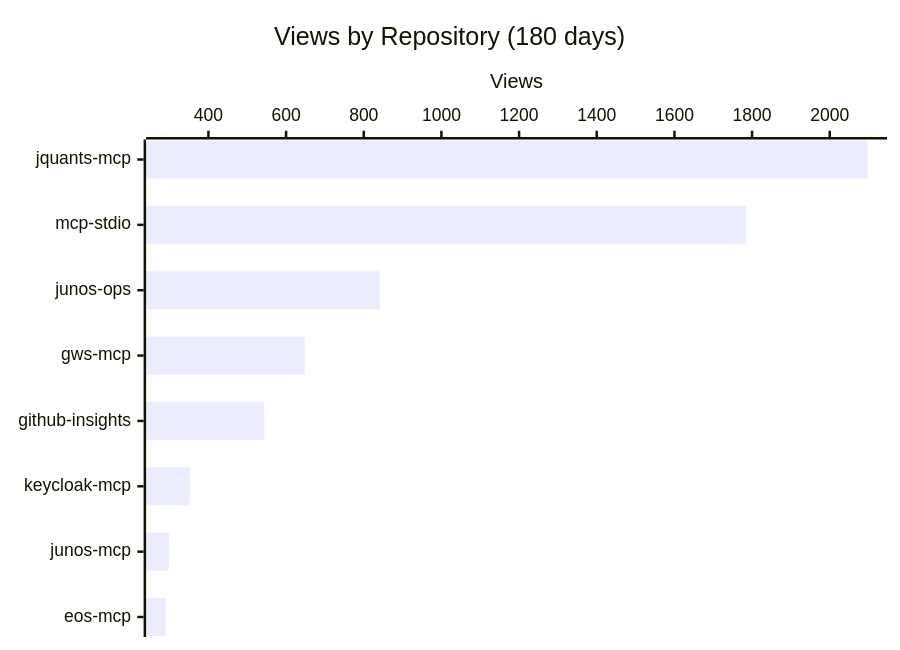
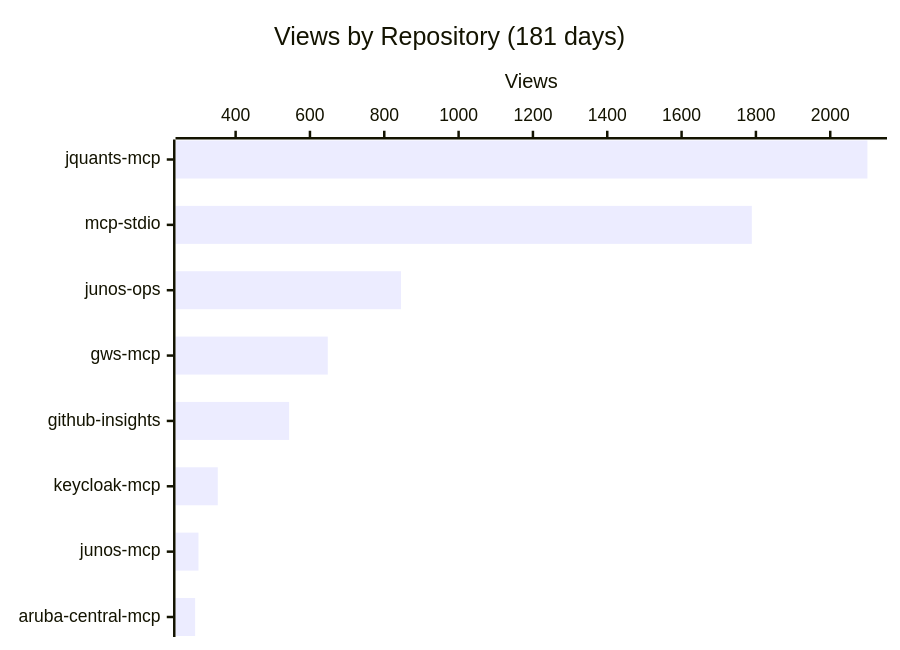
One commit to shigechika/github-insights changed the first of 4 diagrams in README.md. Above: the diagram before and after it, drawn with Mermaid. The commit also changed other lines of this file and 2 other files, not shown here.

````diff
--- a/README.md
+++ b/README.md
@@ -18,7 +18,7 @@
 ```mermaid
 xychart-beta horizontal
-    title "Views by Repository (180 days)"
-    x-axis ["jquants-mcp", "mcp-stdio", "junos-ops", "gws-mcp", "github-insights", "keycloak-mcp", "junos-mcp", "eos-mcp"]
+    title "Views by Repository (181 days)"
+    x-axis ["jquants-mcp", "mcp-stdio", "junos-ops", "gws-mcp", "github-insights", "keycloak-mcp", "junos-mcp", "aruba-central-mcp"]
     y-axis "Views"
-    bar [2097, 1785, 841, 648, 544, 352, 298, 290]
+    bar [2100, 1789, 845, 648, 544, 352, 300, 291]
 ```
````
